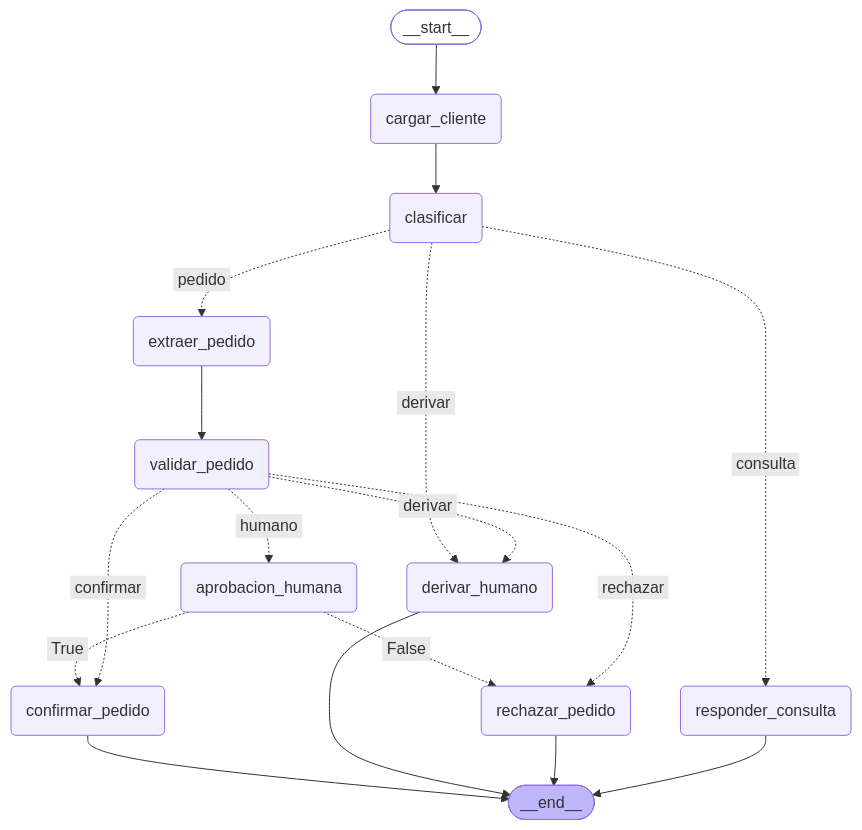
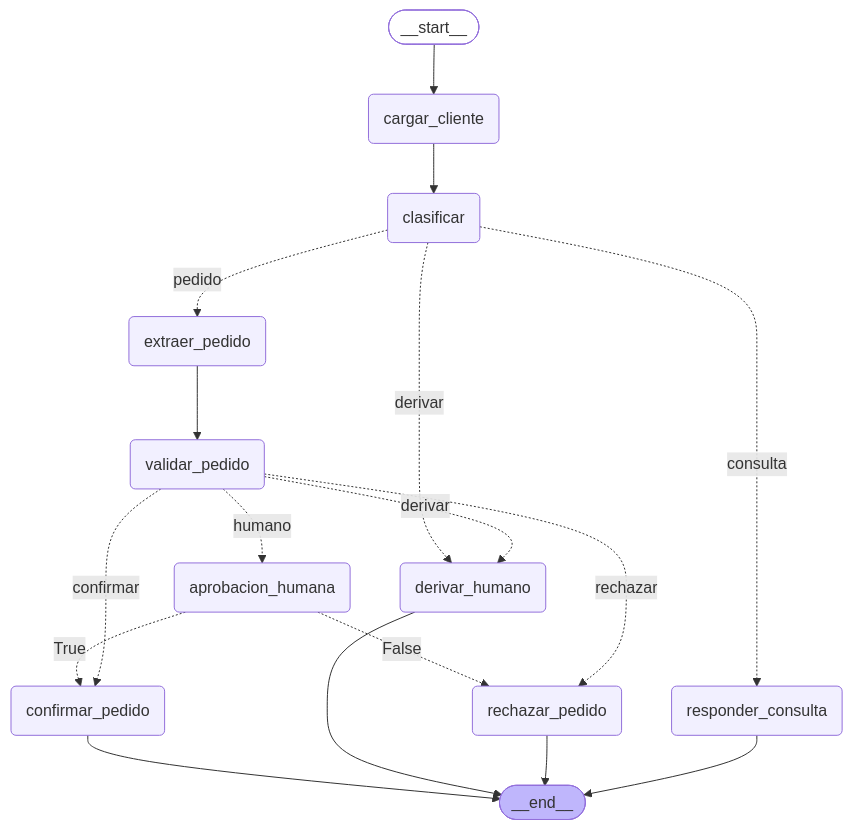
The diagram in README.md (julinuzzo19/desafio-mesa-pedidos-curso-ia), drawn with Mermaid before and after one commit. The commit also changed other lines of this file and 3 other files, not shown here.

````diff
--- a/README.md
+++ b/README.md
@@ -168,33 +168,33 @@
 ```mermaid
 graph TD;
 	__start__([__start__]):::first
 	cargar_cliente(cargar_cliente)
 	clasificar(clasificar)
 	responder_consulta(responder_consulta)
 	extraer_pedido(extraer_pedido)
 	validar_pedido(validar_pedido)
 	aprobacion_humana(aprobacion_humana)
 	confirmar_pedido(confirmar_pedido)
 	rechazar_pedido(rechazar_pedido)
 	derivar_humano(derivar_humano)
 	__end__([__end__]):::last
 	__start__ --> cargar_cliente;
-	aprobacion_humana -. &nbsp;True&nbsp; .-> confirmar_pedido;
-	aprobacion_humana -. &nbsp;False&nbsp; .-> rechazar_pedido;
+	aprobacion_humana -.  True  .-> confirmar_pedido;
+	aprobacion_humana -.  False  .-> rechazar_pedido;
 	cargar_cliente --> clasificar;
-	clasificar -. &nbsp;derivar&nbsp; .-> derivar_humano;
-	clasificar -. &nbsp;pedido&nbsp; .-> extraer_pedido;
-	clasificar -. &nbsp;consulta&nbsp; .-> responder_consulta;
+	clasificar -.  derivar  .-> derivar_humano;
+	clasificar -.  pedido  .-> extraer_pedido;
+	clasificar -.  consulta  .-> responder_consulta;
 	extraer_pedido --> validar_pedido;
-	validar_pedido -. &nbsp;humano&nbsp; .-> aprobacion_humana;
-	validar_pedido -. &nbsp;confirmar&nbsp; .-> confirmar_pedido;
-	validar_pedido -. &nbsp;derivar&nbsp; .-> derivar_humano;
-	validar_pedido -. &nbsp;rechazar&nbsp; .-> rechazar_pedido;
+	validar_pedido -.  humano  .-> aprobacion_humana;
+	validar_pedido -.  confirmar  .-> confirmar_pedido;
+	validar_pedido -.  derivar  .-> derivar_humano;
+	validar_pedido -.  rechazar  .-> rechazar_pedido;
 	confirmar_pedido --> __end__;
 	derivar_humano --> __end__;
 	rechazar_pedido --> __end__;
 	responder_consulta --> __end__;
 	classDef default fill:#f2f0ff,line-height:1.2
 	classDef first fill-opacity:0
 	classDef last fill:#bfb6fc
 ```
````
